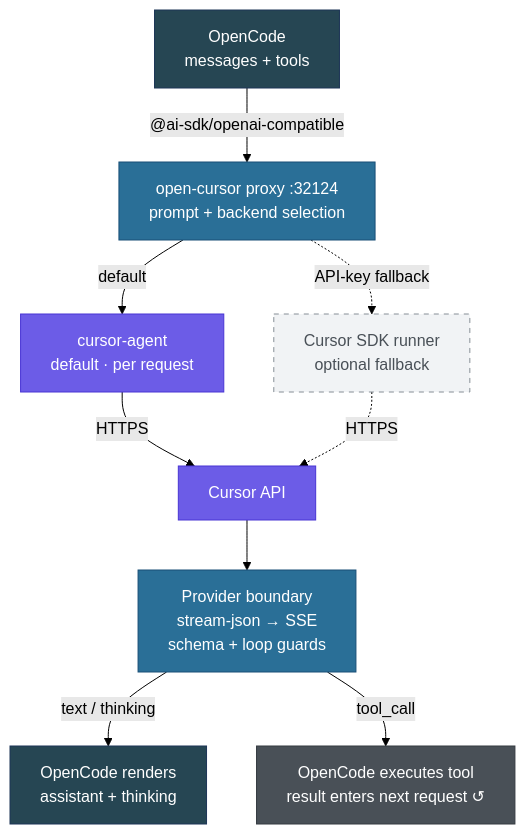
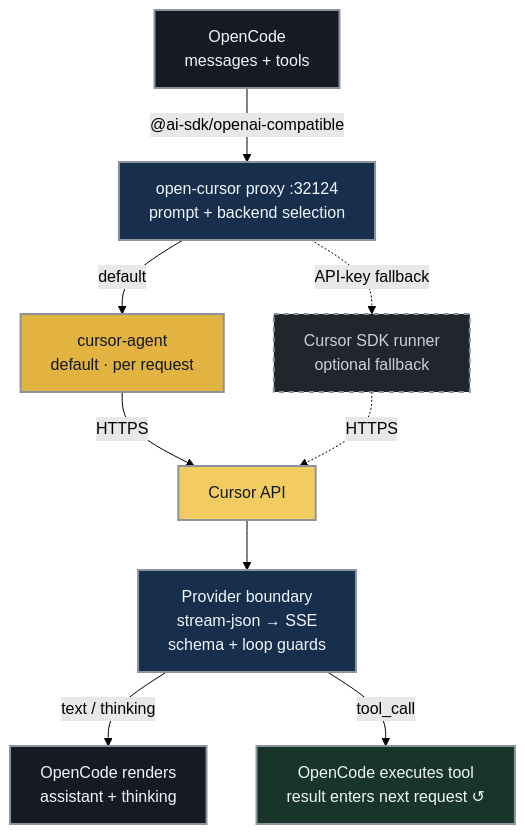
One commit to Nomadcxx/opencode-cursor changed the first of 2 diagrams in README.md. Above: the diagram before and after it, drawn with Mermaid (forest theme).

Commit message:
docs: improve architecture diagram palette

````diff
--- a/README.md
+++ b/README.md
@@ -162,31 +162,33 @@
 ```mermaid
 flowchart TB
     OPEN["OpenCode<br/>messages + tools"]
     PROXY["open-cursor proxy :32124<br/>prompt + backend selection"]
     AGENT["cursor-agent<br/>default · per request"]
     SDK["Cursor SDK runner<br/>optional fallback"]
     API["Cursor API"]
     BOUNDARY["Provider boundary<br/>stream-json → SSE<br/>schema + loop guards"]
     TEXT["OpenCode renders<br/>assistant + thinking"]
     TOOLS["OpenCode executes tool<br/>result enters next request ↺"]
 
     OPEN -->|"@ai-sdk/openai-compatible"| PROXY
     PROXY -->|"default"| AGENT
     PROXY -. "API-key fallback" .-> SDK
     AGENT -->|"HTTPS"| API
     SDK -. "HTTPS" .-> API
     API --> BOUNDARY
     BOUNDARY -->|"text / thinking"| TEXT
     BOUNDARY -->|"tool_call"| TOOLS
 
-    classDef host fill:#264653,stroke:#1d3557,color:#fff
-    classDef bridge fill:#2a6f97,stroke:#184e77,color:#fff
-    classDef cursor fill:#6c5ce7,stroke:#4834d4,color:#fff
-    classDef optional fill:#f1f3f5,stroke:#868e96,color:#495057,stroke-dasharray:5 5
-    classDef tool fill:#495057,stroke:#343a40,color:#fff
+    classDef host fill:#161b22,stroke:#8b949e,color:#f0f6fc,stroke-width:2px
+    classDef bridge fill:#172f4d,stroke:#8b949e,color:#f0f6fc,stroke-width:2px
+    classDef cursorAgent fill:#e3b341,stroke:#8b949e,color:#111820,stroke-width:2px
+    classDef cursorApi fill:#f2cc60,stroke:#8b949e,color:#111820,stroke-width:2px
+    classDef optional fill:#21262d,stroke:#8b949e,color:#c9d1d9,stroke-width:2px,stroke-dasharray:5 5
+    classDef tool fill:#19352a,stroke:#8b949e,color:#f0f6fc,stroke-width:2px
     class OPEN,TEXT host
     class PROXY,BOUNDARY bridge
-    class AGENT,API cursor
+    class AGENT cursorAgent
+    class API cursorApi
     class SDK optional
     class TOOLS tool
 ```
````
